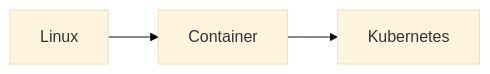
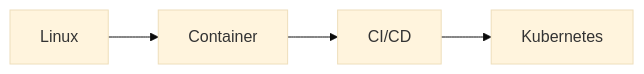
The diagram in README.md (ludesdeveloper/kubernetes-talk), drawn with Mermaid (base theme) before and after one commit.

````diff
--- a/README.md
+++ b/README.md
@@ -13,5 +13,6 @@
 ```mermaid
 flowchart LR
 A[Linux] --> B[Container]
-B --> C[Kubernetes]
+B --> C[CI/CD]
+C --> D[Kubernetes]
 ```
````
